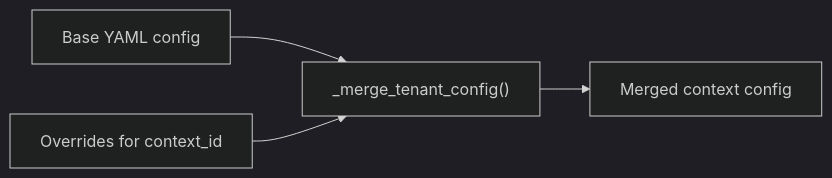
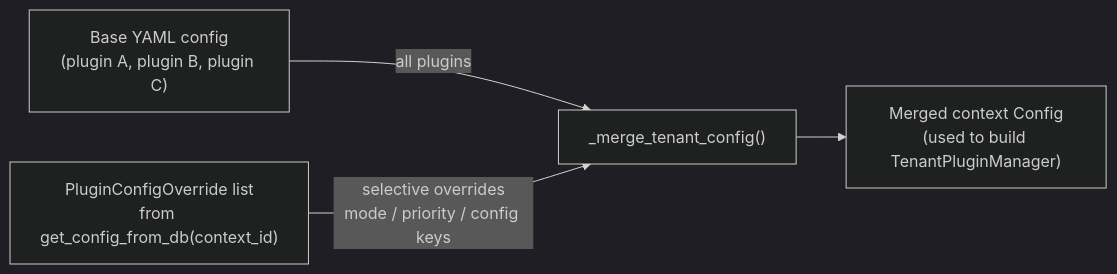
The third of 4 diagrams in docs/architecture-plugin-multi-tenancy.md (brian-hussey/mcp-context-forge), drawn with Mermaid (dark theme) before and after one commit. The commit also changed other lines of this file and 5 other files, not shown here.

Commit message:
Update architecture, linted and secrets

````diff
--- a/docs/architecture-plugin-multi-tenancy.md
+++ b/docs/architecture-plugin-multi-tenancy.md
@@ -142,11 +210,11 @@
 ```mermaid
 flowchart LR
-    B["Base YAML config"]
-    O["Overrides for context_id"]
+    B["Base YAML config\n(plugin A, plugin B, plugin C)"]
+    O["PluginConfigOverride list\nfrom get_config_from_db(context_id)"]
     M["_merge_tenant_config()"]
-    R["Merged context config"]
+    R["Merged context Config\n(used to build TenantPluginManager)"]
 
-    B --> M
-    O --> M
+    B -->|"all plugins"| M
+    O -->|"selective overrides\nmode / priority / config keys"| M
     M --> R
 ```
````
